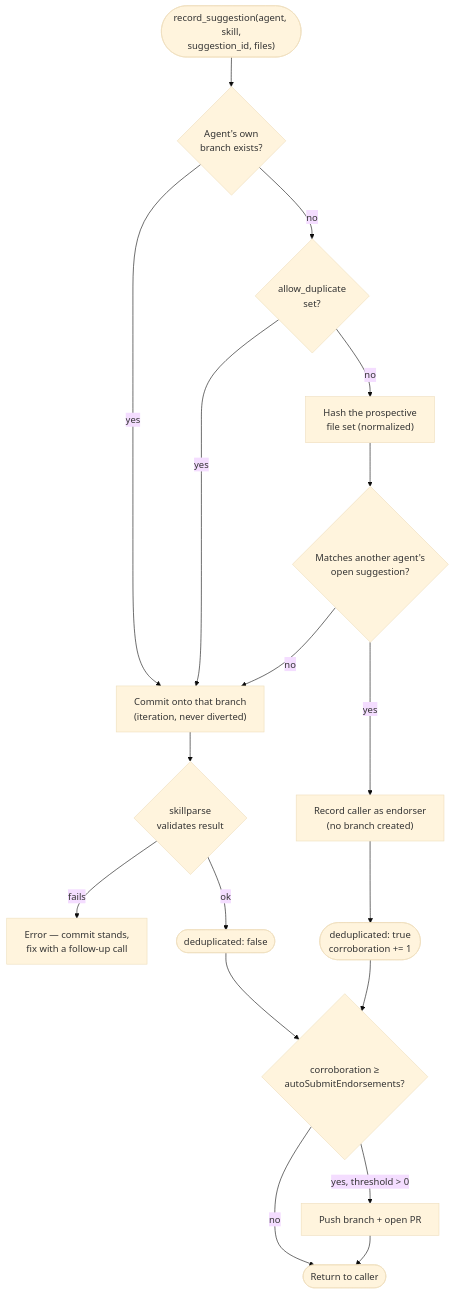
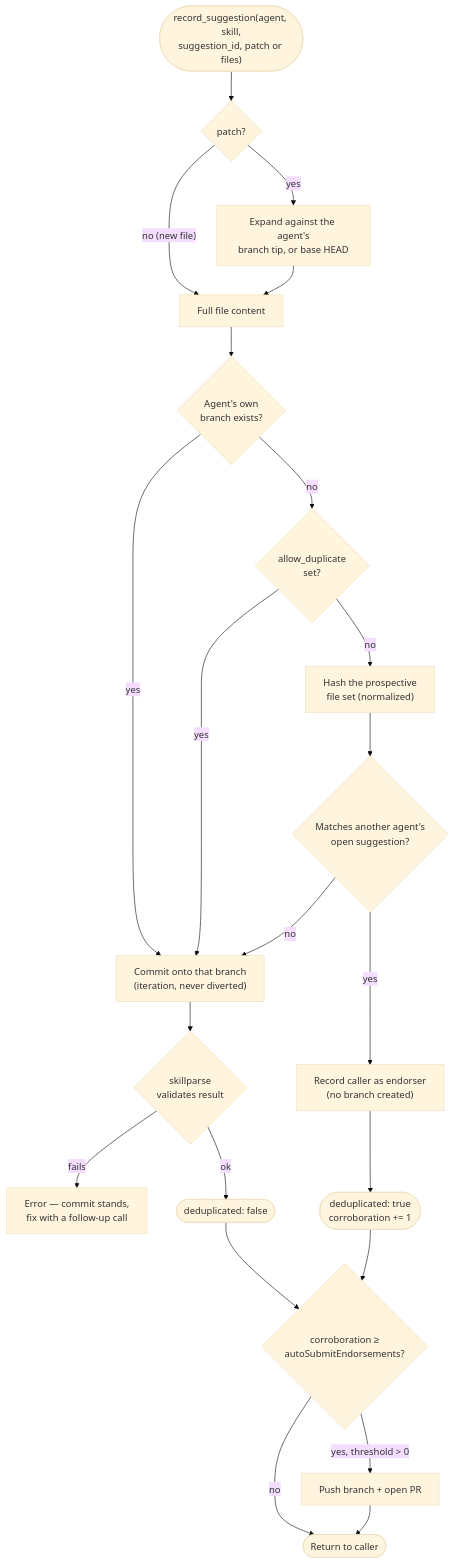
The first of 2 diagrams in docs/skillsd-registry.md (araghukas/skillset), drawn with Mermaid (base theme) before and after one commit. The commit also changed other lines of this file and 15 other files, not shown here.

````diff
--- a/docs/skillsd-registry.md
+++ b/docs/skillsd-registry.md
@@ -75,27 +81,32 @@
 ```mermaid
 flowchart TD
-  Start(["record_suggestion(agent, skill,\nsuggestion_id, files)"]) --> OwnBranch{"Agent's own\nbranch exists?"}
+  In(["record_suggestion(agent, skill,\nsuggestion_id, patch or files)"]) --> Form{"patch?"}
+  Form -- yes --> Expand["Expand against the agent's\nbranch tip, or base HEAD"]
+  Form -- "no (new file)" --> Start
+  Expand --> Start
+
+  Start["Full file content"] --> OwnBranch{"Agent's own\nbranch exists?"}
 
   OwnBranch -- yes --> Commit["Commit onto that branch\n(iteration, never diverted)"]
   OwnBranch -- no --> AllowDup{"allow_duplicate\nset?"}
 
   AllowDup -- yes --> Commit
   AllowDup -- no --> Hash["Hash the prospective\nfile set (normalized)"]
 
   Hash --> Match{"Matches another agent's\nopen suggestion?"}
 
   Match -- no --> Commit
   Match -- yes --> Endorse["Record caller as endorser\n(no branch created)"]
 
   Commit --> Validate{"skillparse\nvalidates result"}
   Validate -- fails --> Invalid["Error — commit stands,\nfix with a follow-up call"]
   Validate -- ok --> OwnResult(["deduplicated: false"])
 
   Endorse --> DupResult(["deduplicated: true\ncorroboration += 1"])
 
   OwnResult --> AutoCheck{"corroboration ≥\nautoSubmitEndorsements?"}
   DupResult --> AutoCheck
   AutoCheck -- "yes, threshold > 0" --> AutoPR["Push branch + open PR"]
   AutoCheck -- no --> Done(["Return to caller"])
   AutoPR --> Done
 ```
````
